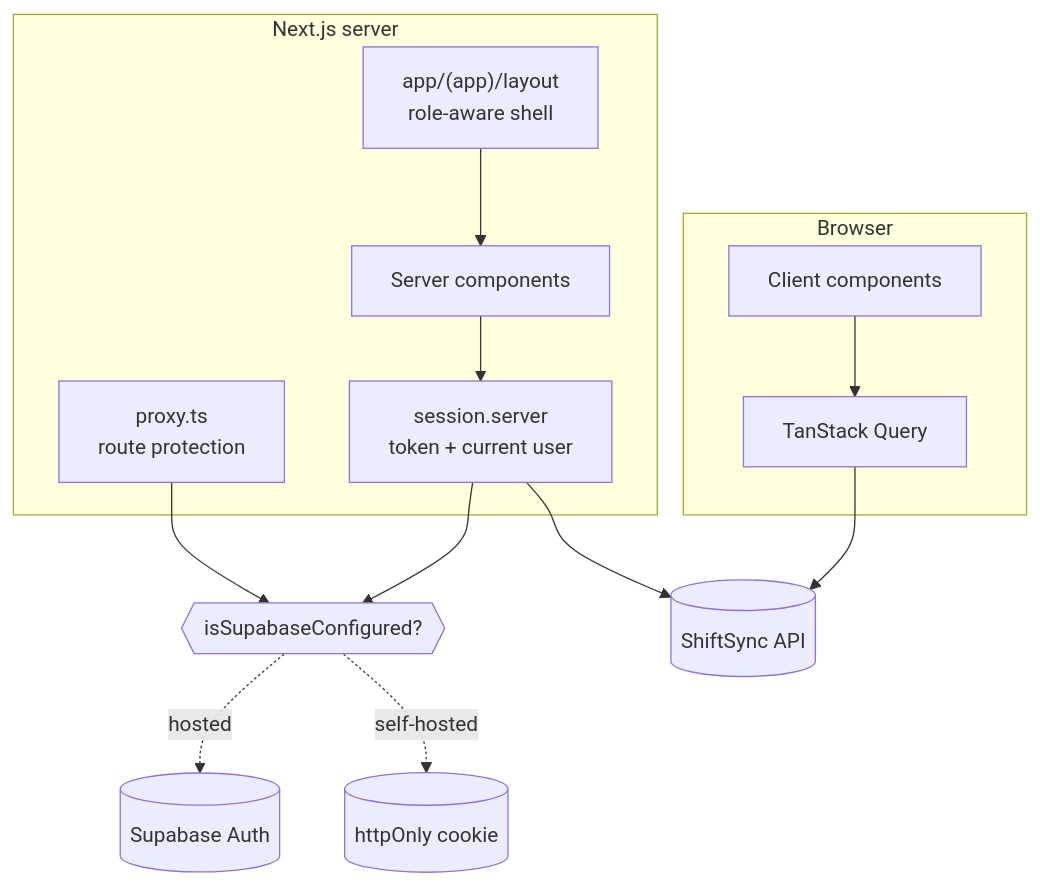
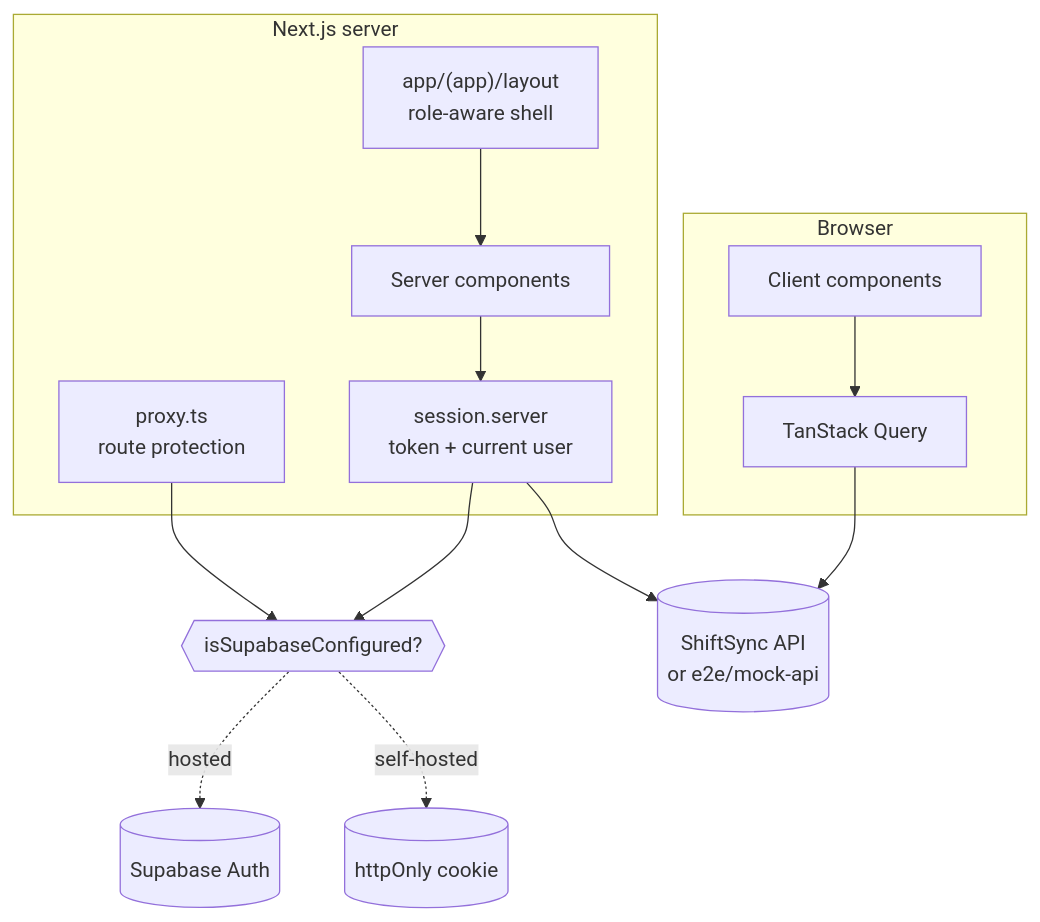
One commit to DevZoro-hub/shift-scheduler-web changed the diagram in README.md. Above: the diagram before and after it, drawn with Mermaid. The commit also changed other lines of this file and 11 other files, not shown here.

First line of the commit message:
Rewrite the README around the mock API and refresh screenshots

````diff
--- a/README.md
+++ b/README.md
@@ -68,24 +97,24 @@
 ```mermaid
 flowchart TB
     subgraph browser["Browser"]
         UI[Client components]
         RQ[TanStack Query]
     end
     subgraph server["Next.js server"]
         SHELL["app/(app)/layout<br/>role-aware shell"]
         PAGES[Server components]
         SESS[session.server<br/>token + current user]
         PROXY[proxy.ts<br/>route protection]
     end
     AUTH{{isSupabaseConfigured?}}
     SB[(Supabase Auth)]
     COOKIE[(httpOnly cookie)]
-    API[(ShiftSync API)]
+    API[(ShiftSync API<br/>or e2e/mock-api)]
 
     PROXY --> AUTH
     SESS --> AUTH
     AUTH -.hosted.-> SB
     AUTH -.self-hosted.-> COOKIE
     SHELL --> PAGES --> SESS --> API
     UI --> RQ --> API
 ```
````
